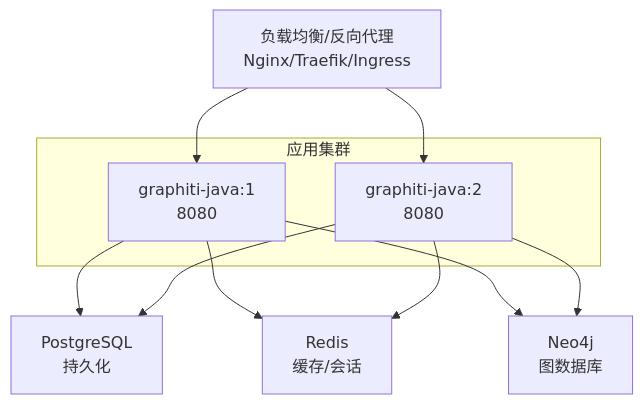
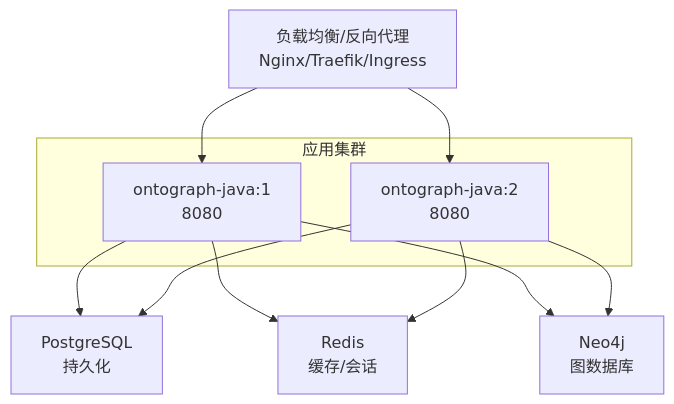
Before and after one commit to joezxh/graphiti-java: the second of 5 diagrams in docs/manual/部署运维/部署运维.md, drawn with Mermaid. The commit also changed other lines of this file and 504 other files, not shown here.

Commit message:
refactor: rename Maven modules from graphiti-* to ontograph-* and update all docs

````diff
--- a/docs/manual/部署运维/部署运维.md
+++ b/docs/manual/部署运维/部署运维.md
@@ -90,19 +90,19 @@
 ```mermaid
 graph TB
 LB["负载均衡/反向代理<br/>Nginx/Traefik/Ingress"]
 subgraph "应用集群"
-APP1["graphiti-java:1<br/>8080"]
-APP2["graphiti-java:2<br/>8080"]
+APP1["ontograph-java:1<br/>8080"]
+APP2["ontograph-java:2<br/>8080"]
 end
 DB["PostgreSQL<br/>持久化"]
 CACHE["Redis<br/>缓存/会话"]
 GRAPH["Neo4j<br/>图数据库"]
 LB --> APP1
 LB --> APP2
 APP1 --> DB
 APP1 --> CACHE
 APP1 --> GRAPH
 APP2 --> DB
 APP2 --> CACHE
 APP2 --> GRAPH
 ```
````
